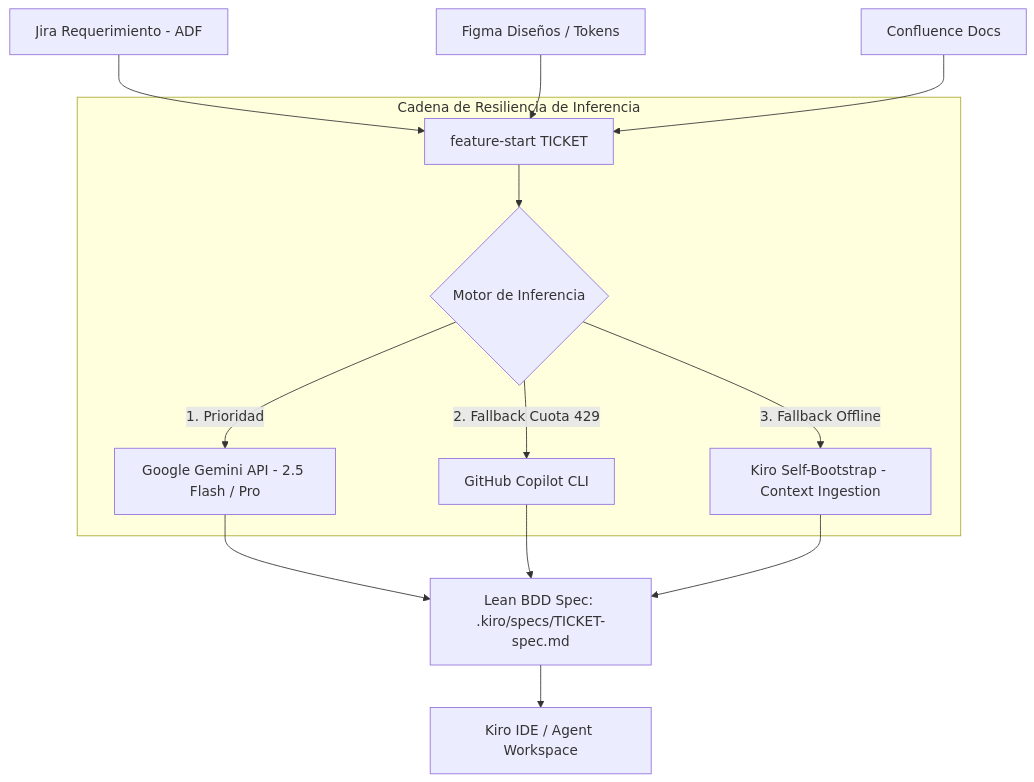
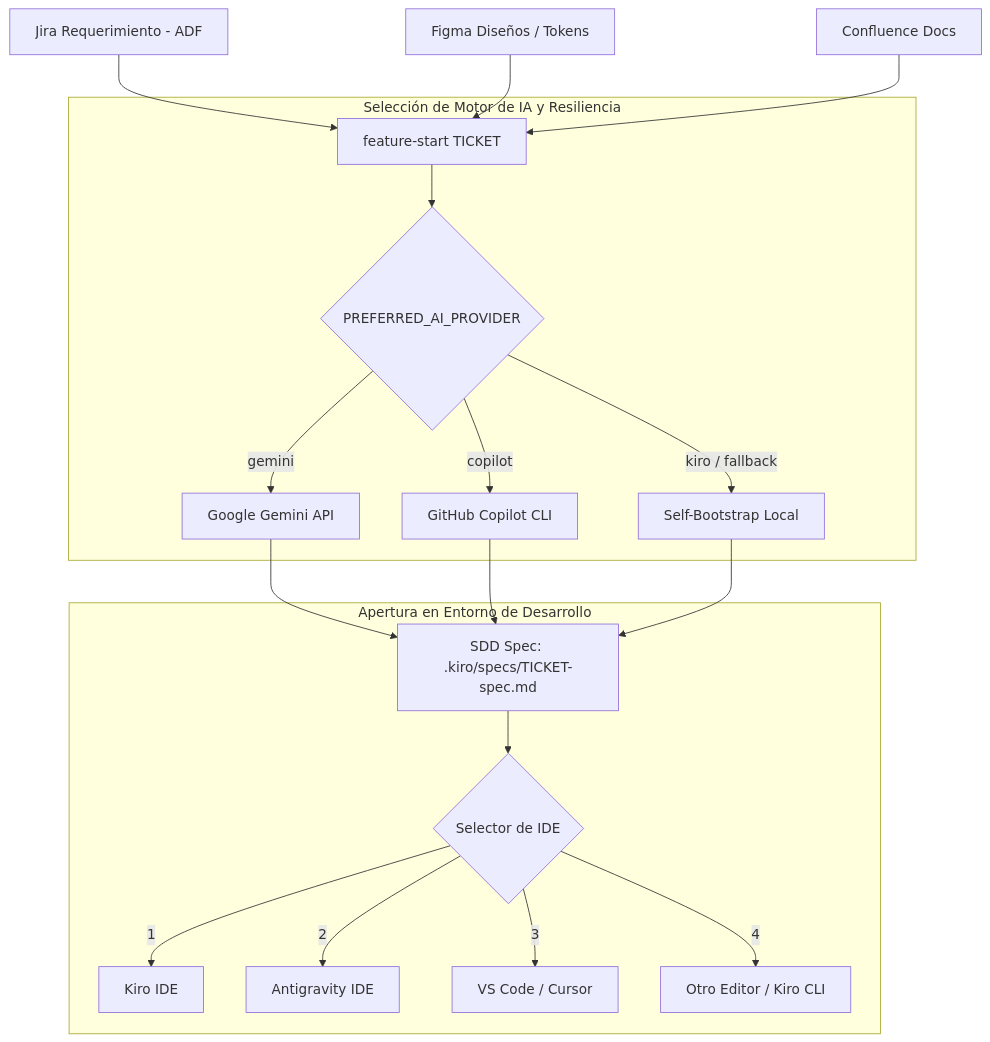
The diagram in README.md (MiguelRmar/aidlc-cli-toolkit), drawn with Mermaid before and after one commit. The commit also changed other lines of this file, not shown here.

Commit message:
docs(readme): document multi-AI provider selection and multi-editor SDD workflow

````diff
--- a/README.md
+++ b/README.md
@@ -17,19 +17,25 @@
 ```mermaid
 flowchart TD
     Jira["Jira Requerimiento - ADF"] --> FS["feature-start TICKET"]
     Figma["Figma Diseños / Tokens"] --> FS
     Confluence["Confluence Docs"] --> FS
 
-    subgraph Resiliencia_MultiAgente ["Cadena de Resiliencia de Inferencia"]
-        FS --> Fallback{"Motor de Inferencia"}
-        Fallback -->|"1. Prioridad"| Gemini["Google Gemini API - 2.5 Flash / Pro"]
-        Fallback -->|"2. Fallback Cuota 429"| Copilot["GitHub Copilot CLI"]
-        Fallback -->|"3. Fallback Offline"| KiroBoot["Kiro Self-Bootstrap - Context Ingestion"]
+    subgraph Motor_IA ["Selección de Motor de IA y Resiliencia"]
+        FS --> Selector{"PREFERRED_AI_PROVIDER"}
+        Selector -->|"gemini"| Gemini["Google Gemini API"]
+        Selector -->|"copilot"| Copilot["GitHub Copilot CLI"]
+        Selector -->|"kiro / fallback"| KiroBoot["Self-Bootstrap Local"]
     end
 
-    Gemini --> LeanSpec["Lean BDD Spec: .kiro/specs/TICKET-spec.md"]
+    Gemini --> LeanSpec["SDD Spec: .kiro/specs/TICKET-spec.md"]
     Copilot --> LeanSpec
     KiroBoot --> LeanSpec
 
-    LeanSpec --> KiroIDE["Kiro IDE / Agent Workspace"]
+    subgraph Editores ["Apertura en Entorno de Desarrollo"]
+        LeanSpec --> IDE{"Selector de IDE"}
+        IDE -->|"1"| Kiro["Kiro IDE"]
+        IDE -->|"2"| Antigravity["Antigravity IDE"]
+        IDE -->|"3"| VSCode["VS Code / Cursor"]
+        IDE -->|"4"| Custom["Otro Editor / Kiro CLI"]
+    end
 ```
````
